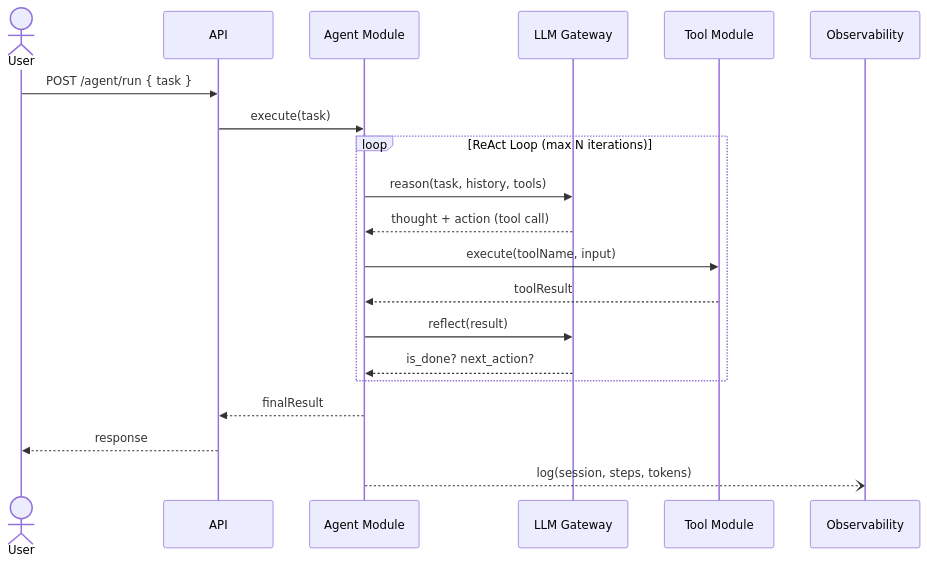
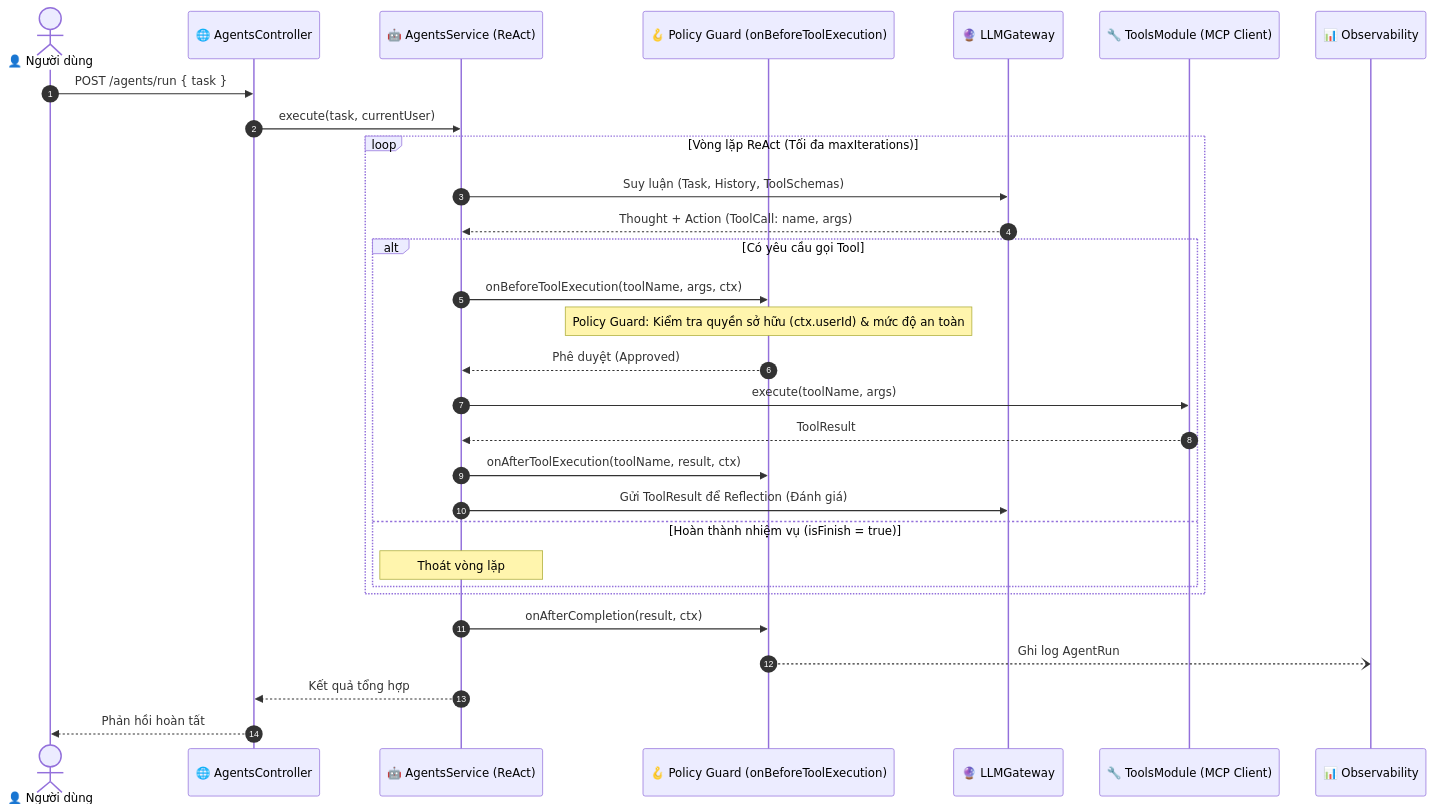
One commit to thaoakatim/AIOS changed the third of 4 diagrams in docs/diagrams/component-diagram.md. Above: the diagram before and after it, drawn with Mermaid. The commit also changed other lines of this file and 10 other files, not shown here.

First line of the commit message:
Refactor Memory Module Documentation and Request Flow

````diff
--- a/docs/diagrams/component-diagram.md
+++ b/docs/diagrams/component-diagram.md
@@ -139,27 +164,38 @@
 ```mermaid
 sequenceDiagram
-    actor User
-    participant API
-    participant Agent as Agent Module
-    participant LLM as LLM Gateway
-    participant Tool as Tool Module
-    participant OBS as Observability
+    autonumber
+    actor User as 👤 Người dùng
+    participant API as 🌐 AgentsController
+    participant Agent as 🤖 AgentsService (ReAct)
+    participant Hook as 🪝 Policy Guard (onBeforeToolExecution)
+    participant LLM as 🔮 LLMGateway
+    participant Tool as 🔧 ToolsModule (MCP Client)
+    participant OBS as 📊 Observability
 
-    User->>API: POST /agent/run { task }
-    API->>Agent: execute(task)
+    User->>API: POST /agents/run { task }
+    API->>Agent: execute(task, currentUser)
 
-    loop ReAct Loop (max N iterations)
-        Agent->>LLM: reason(task, history, tools)
-        LLM-->>Agent: thought + action (tool call)
+    loop Vòng lặp ReAct (Tối đa maxIterations)
+        Agent->>LLM: Suy luận (Task, History, ToolSchemas)
+        LLM-->>Agent: Thought + Action (ToolCall: name, args)
 
-        Agent->>Tool: execute(toolName, input)
-        Tool-->>Agent: toolResult
+        alt Có yêu cầu gọi Tool
+            Agent->>Hook: onBeforeToolExecution(toolName, args, ctx)
+            Note over Hook: Policy Guard: Kiểm tra quyền sở hữu (ctx.userId) & mức độ an toàn
+            Hook-->>Agent: Phê duyệt (Approved)
 
-        Agent->>LLM: reflect(result)
-        LLM-->>Agent: is_done? next_action?
+            Agent->>Tool: execute(toolName, args)
+            Tool-->>Agent: ToolResult
+
+            Agent->>Hook: onAfterToolExecution(toolName, result, ctx)
+            Agent->>LLM: Gửi ToolResult để Reflection (Đánh giá)
+        else Hoàn thành nhiệm vụ (isFinish = true)
+            Note over Agent: Thoát vòng lặp
+        end
     end
 
-    Agent-->>API: finalResult
-    API-->>User: response
-    Agent--)OBS: log(session, steps, tokens)
+    Agent->>Hook: onAfterCompletion(result, ctx)
+    Hook--)OBS: Ghi log AgentRun
+    Agent-->>API: Kết quả tổng hợp
+    API-->>User: Phản hồi hoàn tất
 ```
````
